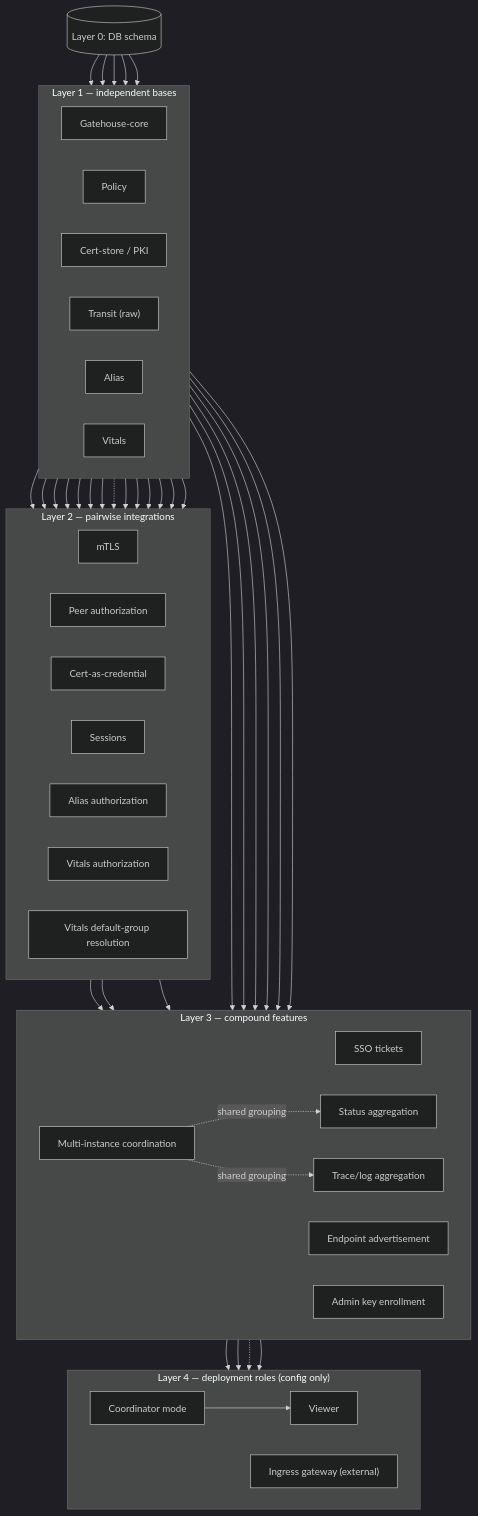
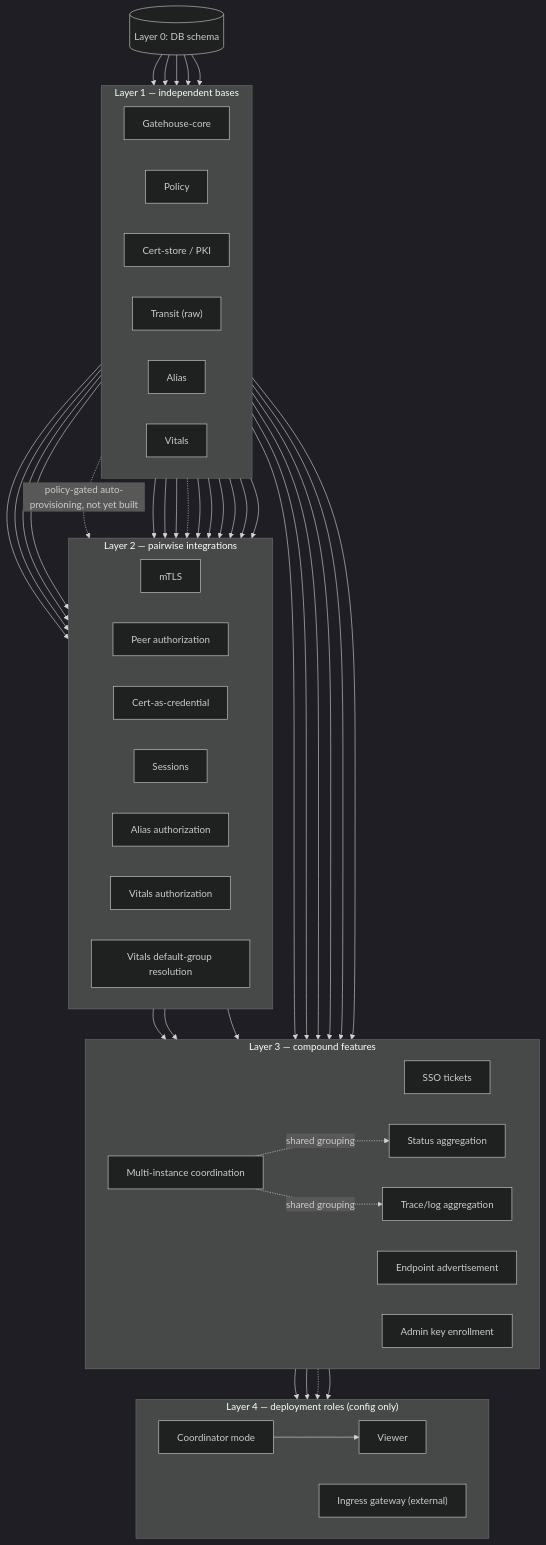
One commit to croge130/archipelago changed the diagram in docs/architecture/01-build-order.md. Above: the diagram before and after it, drawn with Mermaid (dark theme). The commit also changed other lines of this file and 1 other file, not shown here.

First line of the commit message:
Correct previous fix: peer authorization's Policy link is deferred, not dead

````diff
--- a/docs/architecture/01-build-order.md
+++ b/docs/architecture/01-build-order.md
@@ -150,81 +150,82 @@
 ```mermaid
 flowchart TB
     DB[("Layer 0: DB schema")]
 
     subgraph L1["Layer 1 — independent bases"]
         direction LR
         GH["Gatehouse-core"]
         POL["Policy"]
         PKI["Cert-store / PKI"]
         TR["Transit (raw)"]
         ALIAS["Alias"]
         VITALS["Vitals"]
     end
 
     DB --> GH
     DB --> POL
     DB --> PKI
     DB --> ALIAS
     DB --> VITALS
 
     subgraph L2["Layer 2 — pairwise integrations"]
         direction LR
         MTLS["mTLS"]
         PEERAUTH["Peer authorization"]
         CREDCERT["Cert-as-credential"]
         SESS["Sessions"]
         ALIASAUTH["Alias authorization"]
         VITALSAUTH["Vitals authorization"]
         VITALSDEFAULTS["Vitals default-group resolution"]
     end
 
     TR --> MTLS
     PKI --> MTLS
     TR --> PEERAUTH
     GH --> PEERAUTH
+    POL -.policy-gated auto-provisioning, not yet built.-> PEERAUTH
     GH --> CREDCERT
     PKI --> CREDCERT
     GH --> SESS
     TR -.-> SESS
     ALIAS --> ALIASAUTH
     GH --> ALIASAUTH
     VITALS --> VITALSAUTH
     GH --> VITALSAUTH
     VITALS --> VITALSDEFAULTS
     POL --> VITALSDEFAULTS
 
     subgraph L3["Layer 3 — compound features"]
         direction LR
         SSO["SSO tickets"]
         MULTI["Multi-instance coordination"]
         STATUS["Status aggregation"]
         ENDPOINT["Endpoint advertisement"]
         ADMINKEY["Admin key enrollment"]
         TRACEAGG["Trace/log aggregation"]
     end
 
     GH --> SSO
     PKI --> SSO
     TR --> SSO
     MTLS --> MULTI
     PEERAUTH --> MULTI
     VITALSDEFAULTS --> STATUS
     MULTI -.shared grouping.-> STATUS
     GH --> ENDPOINT
     PKI --> ADMINKEY
     TR --> TRACEAGG
     MULTI -.shared grouping.-> TRACEAGG
 
     subgraph L4["Layer 4 — deployment roles (config only)"]
         direction LR
         COORD["Coordinator mode"]
         GATEWAY["Ingress gateway (external)"]
         VIEWER["Viewer"]
     end
 
     ENDPOINT --> COORD
     SSO --> COORD
     MULTI -.-> COORD
     COORD --> VIEWER
     SSO --> VIEWER
 ```
````
